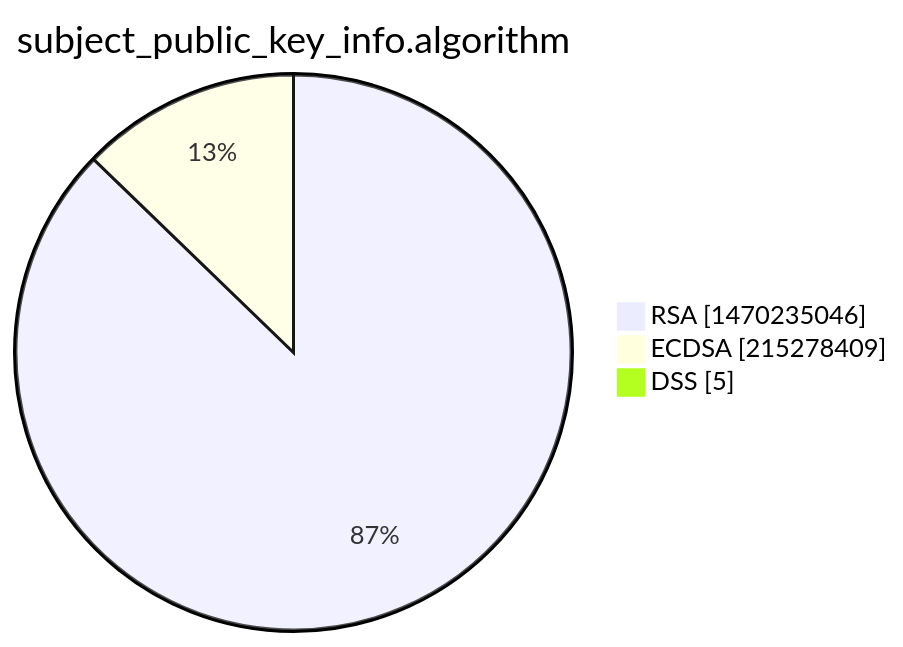
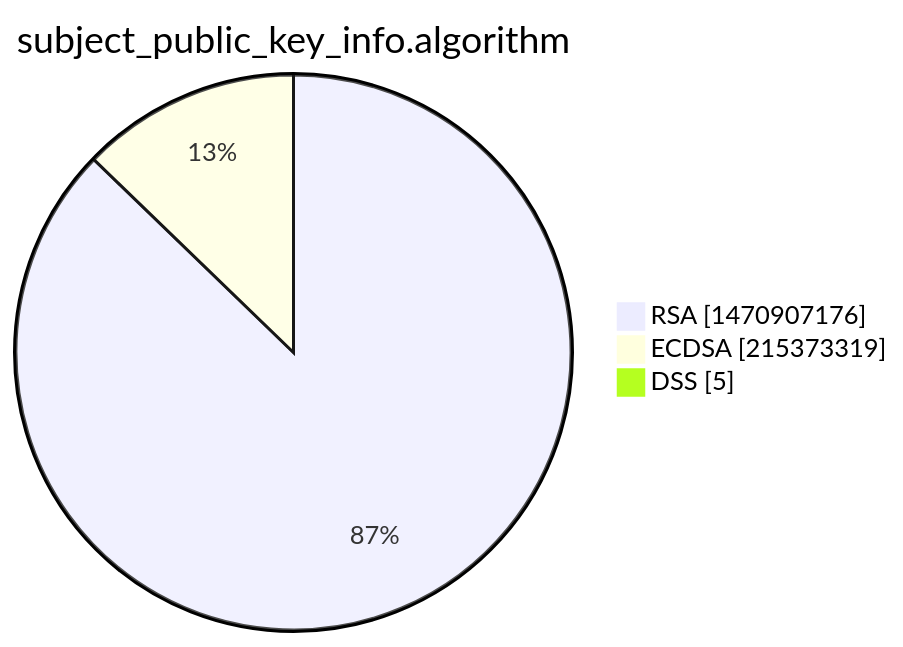
One commit to christiankrug/ctmonitor_visualization changed the third of 15 diagrams in xenon2022/README.md. Above: the diagram before and after it, drawn with Mermaid. The commit also changed other lines of this file, not shown here.

````diff
--- a/xenon2022/README.md
+++ b/xenon2022/README.md
@@ -14,7 +14,7 @@
 ```mermaid
 pie showData
 title subject_public_key_info.algorithm
-"RSA" :1470235046
-"ECDSA" :215278409
+"RSA" :1470907176
+"ECDSA" :215373319
 "DSS" :5
 ```
````
